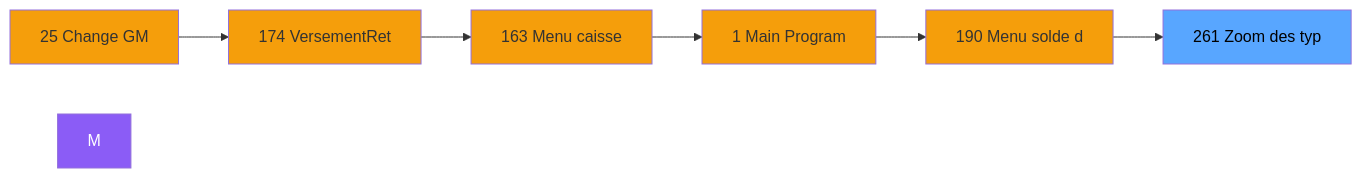
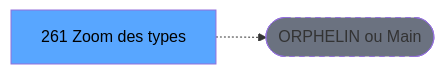
The second of 3 diagrams in .openspec/renders/ADH-IDE-261.md (thonyAGP/lecteur-magic), drawn with Mermaid before and after one commit. The commit also changed other lines of this file and 701 other files, not shown here.

````diff
--- a/.openspec/renders/ADH-IDE-261.md
+++ b/.openspec/renders/ADH-IDE-261.md
@@ -115,21 +118,8 @@
 ```mermaid
 graph LR
-    N25[25 Change GM]
-    N174[174 VersementRet]
-    N163[163 Menu caisse ]
-    N1[1 Main Program]
-    N190[190 Menu solde d]
-    T[261 Zoom des typ]
-    N25 --> N174
-    N174 --> N163
-    N163 --> N1
-    N1 --> N190
-    N190 --> T
-    style M fill:#8b5cf6,color:#fff
-    style N25 fill:#f59e0b
-    style N174 fill:#f59e0b
-    style N163 fill:#f59e0b
-    style N1 fill:#f59e0b
-    style N190 fill:#f59e0b
+    T[261 Zoom des types ]
+    ORPHAN([ORPHELIN ou Main])
+    T -.-> ORPHAN
     style T fill:#58a6ff,color:#000
+    style ORPHAN fill:#6b7280,stroke-dasharray: 5 5
 ```
````
